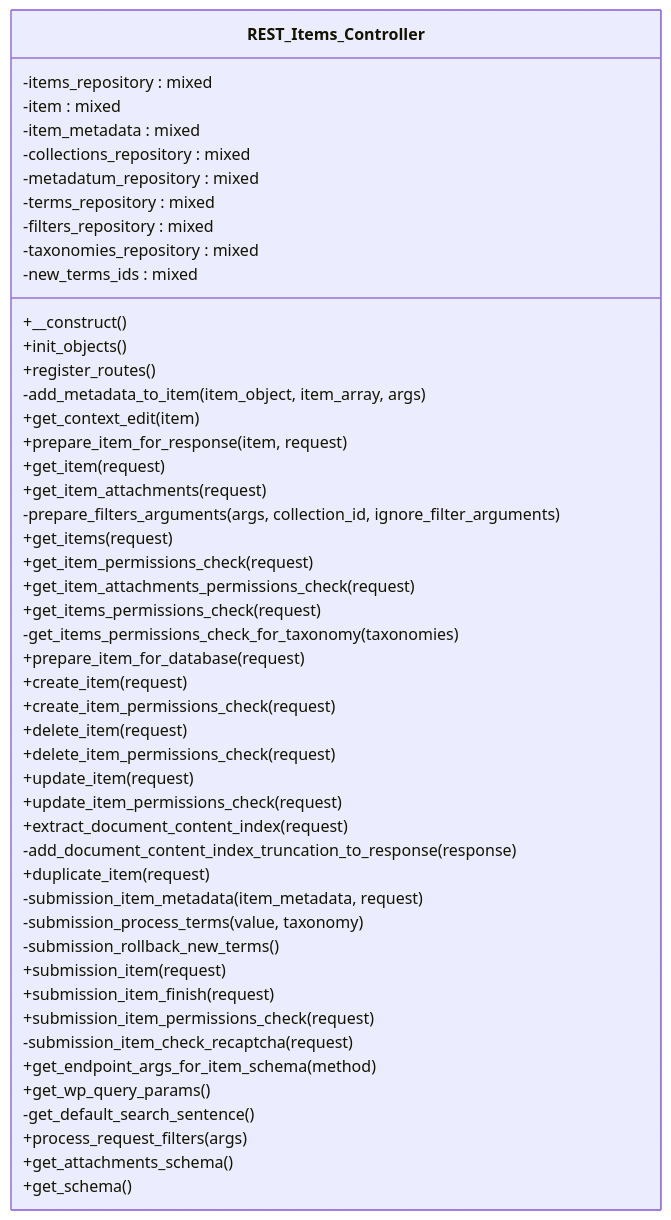
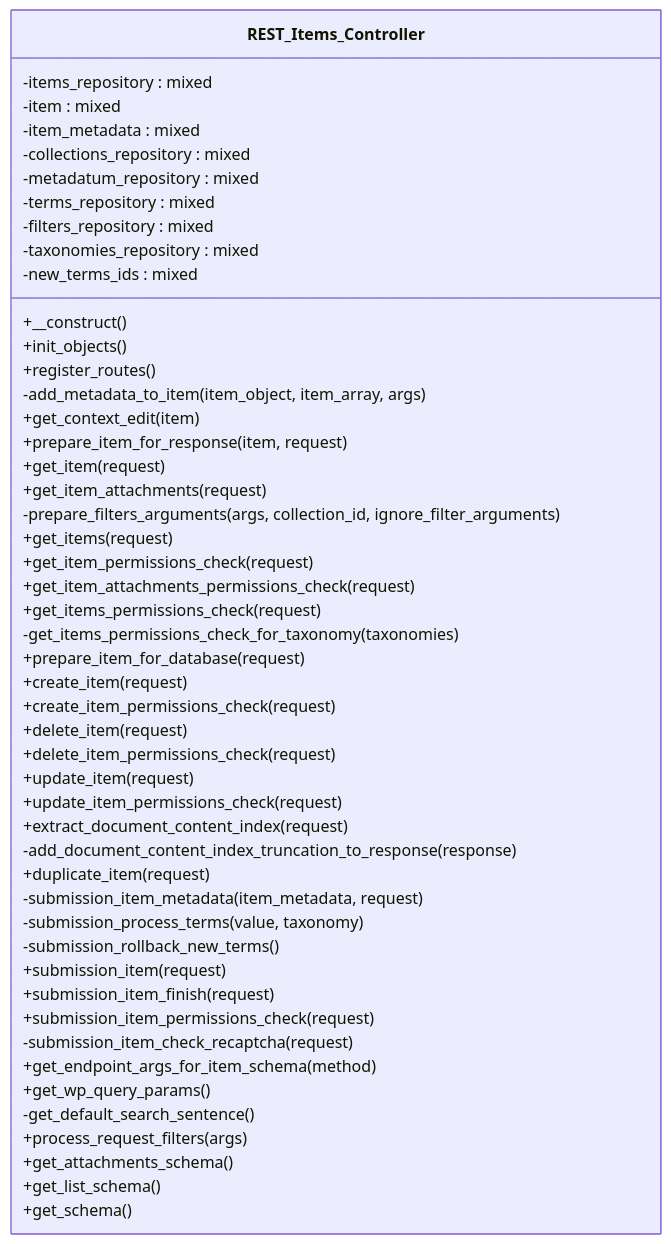
Before and after one commit to tainacan/tainacan: the diagram in docs/phpdoc/classes/Tainacan/API/EndPoints/REST_Items_Controller.mmd, drawn with Mermaid. The commit also changed 35 other files, not shown here.

```diff
--- a/docs/phpdoc/classes/Tainacan/API/EndPoints/REST_Items_Controller.mmd
+++ b/docs/phpdoc/classes/Tainacan/API/EndPoints/REST_Items_Controller.mmd
@@ -1,50 +1,51 @@
 classDiagram
     direction TB
     class REST_Items_Controller {
         -items_repository : mixed
         -item : mixed
         -item_metadata : mixed
         -collections_repository : mixed
         -metadatum_repository : mixed
         -terms_repository : mixed
         -filters_repository : mixed
         -taxonomies_repository : mixed
         -new_terms_ids : mixed
         +__construct()
         +init_objects()
         +register_routes()
         -add_metadata_to_item(item_object, item_array, args)
         +get_context_edit(item)
         +prepare_item_for_response(item, request)
         +get_item(request)
         +get_item_attachments(request)
         -prepare_filters_arguments(args, collection_id, ignore_filter_arguments)
         +get_items(request)
         +get_item_permissions_check(request)
         +get_item_attachments_permissions_check(request)
         +get_items_permissions_check(request)
         -get_items_permissions_check_for_taxonomy(taxonomies)
         +prepare_item_for_database(request)
         +create_item(request)
         +create_item_permissions_check(request)
         +delete_item(request)
         +delete_item_permissions_check(request)
         +update_item(request)
         +update_item_permissions_check(request)
         +extract_document_content_index(request)
         -add_document_content_index_truncation_to_response(response)
         +duplicate_item(request)
         -submission_item_metadata(item_metadata, request)
         -submission_process_terms(value, taxonomy)
         -submission_rollback_new_terms()
         +submission_item(request)
         +submission_item_finish(request)
         +submission_item_permissions_check(request)
         -submission_item_check_recaptcha(request)
         +get_endpoint_args_for_item_schema(method)
         +get_wp_query_params()
         -get_default_search_sentence()
         +process_request_filters(args)
         +get_attachments_schema()
+        +get_list_schema()
         +get_schema()
     }
```
